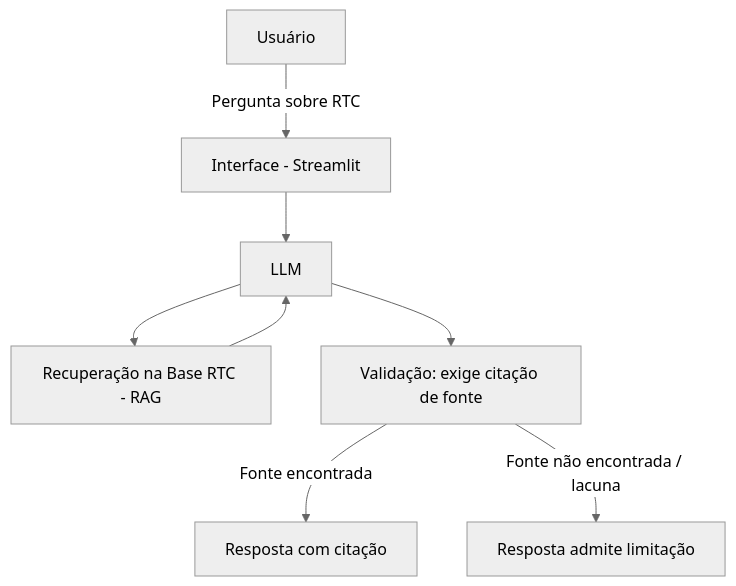
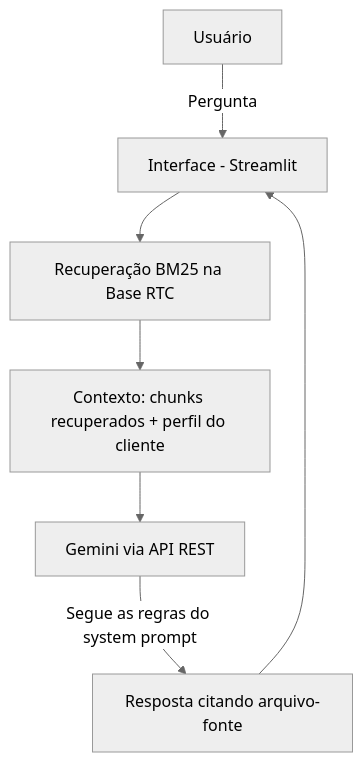
The diagram in docs/01-documentacao-agente.md (teixeirajoaoluz-boop/dio-lab-bia-do-futuro), drawn with Mermaid (neutral theme) before and after one commit. The commit also changed other lines of this file and 2 other files, not shown here.

First line of the commit message:
Sincroniza documentacao com o codigo real e registra testes executados

````diff
--- a/docs/01-documentacao-agente.md
+++ b/docs/01-documentacao-agente.md
@@ -66,10 +66,9 @@
 ```mermaid
 flowchart TD
-    A[Usuário] -->|Pergunta sobre RTC| B[Interface - Streamlit]
-    B --> C[LLM]
-    C --> D[Recuperação na Base RTC - RAG]
-    D --> C
-    C --> E[Validação: exige citação de fonte]
-    E -->|Fonte encontrada| F[Resposta com citação]
-    E -->|Fonte não encontrada / lacuna| G[Resposta admite limitação]
+    A[Usuário] -->|Pergunta| B[Interface - Streamlit]
+    B --> C[Recuperação BM25 na Base RTC]
+    C --> D[Contexto: chunks recuperados + perfil do cliente]
+    D --> E[Gemini via API REST]
+    E -->|Segue as regras do system prompt| F[Resposta citando arquivo-fonte]
+    F --> B
 ```
````
